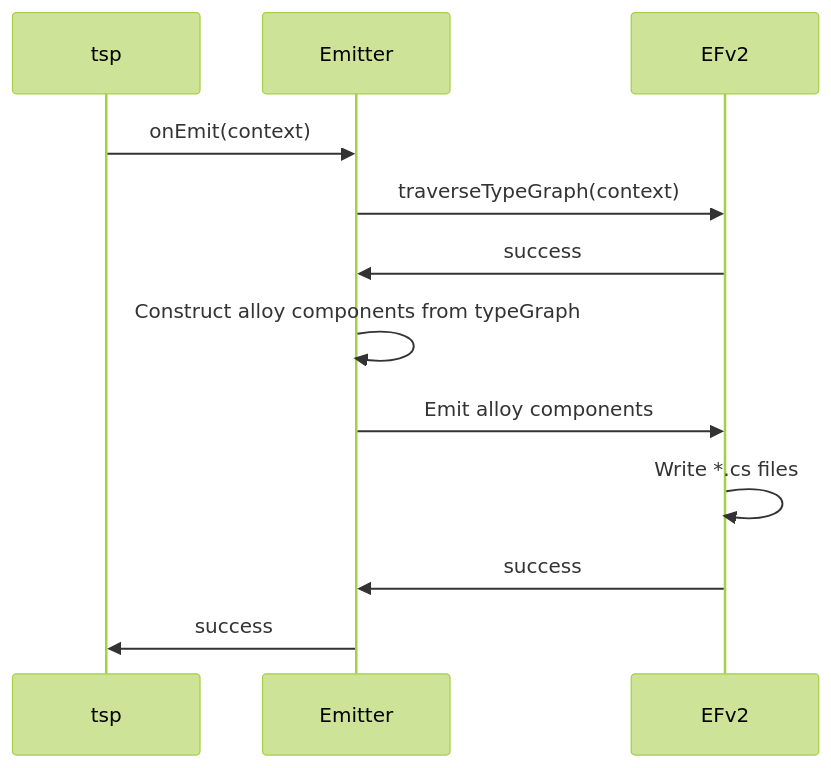
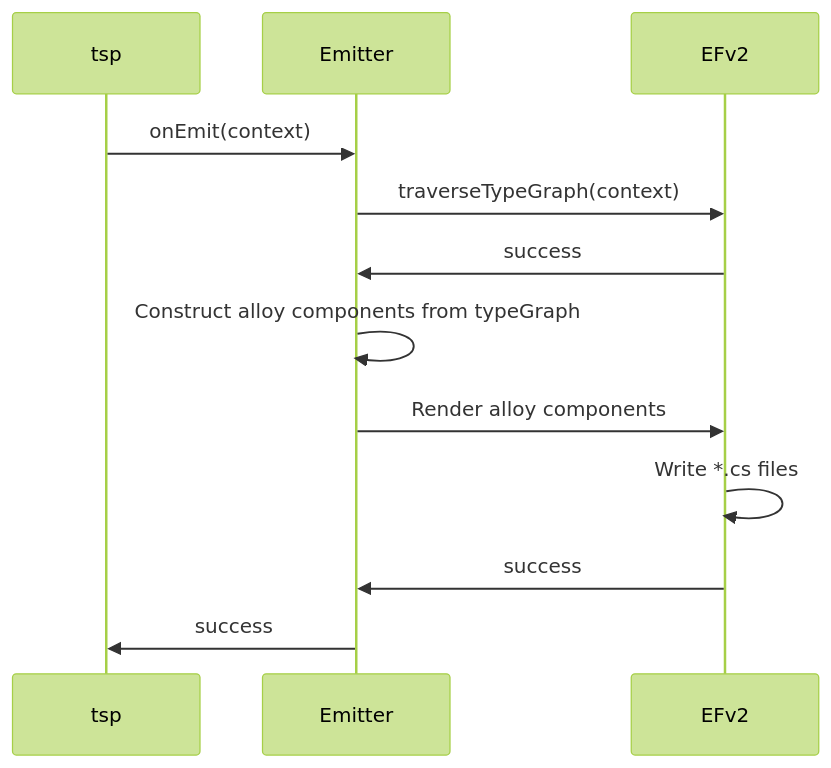
The first of 3 diagrams in packages/http-client-csharp/generator/docs/Efv2.md (m-nash/typespec), drawn with Mermaid (forest theme) before and after one commit. The commit also changed other lines of this file, not shown here.

````diff
--- a/packages/http-client-csharp/generator/docs/Efv2.md
+++ b/packages/http-client-csharp/generator/docs/Efv2.md
@@ -217,14 +217,14 @@
 ```mermaid
 sequenceDiagram
     participant A as tsp
     participant B as Emitter
     participant C as EFv2
     A->>B: onEmit(context)
     B->>C: traverseTypeGraph(context)
     C->>B: success
     B->>B: Construct alloy components from typeGraph
-    B->>C: Emit alloy components
+    B->>C: Render alloy components
     C->>C: Write *.cs files
     C->>B: success
     B->>A: success
 ```
````
